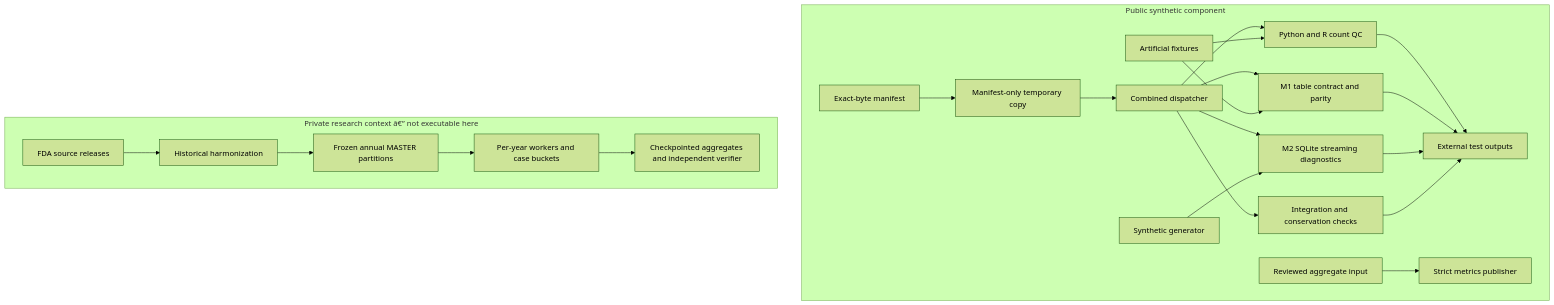
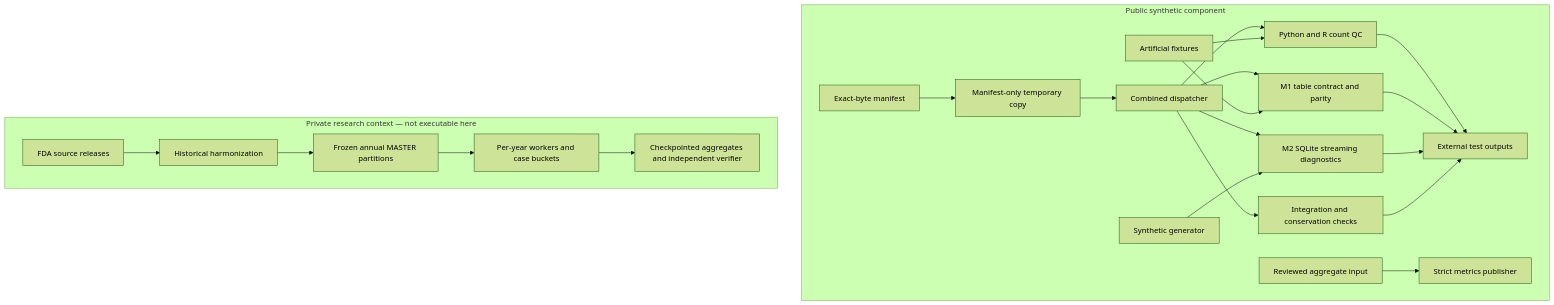
One commit to ahmedalaqab33-source/RENAL_FAERS_2026 changed the diagram in docs/ARCHITECTURE.md. Above: the diagram before and after it, drawn with Mermaid (forest theme). The commit also changed 5 other files, not shown here.

````diff
--- a/docs/ARCHITECTURE.md
+++ b/docs/ARCHITECTURE.md
@@ -3,21 +3,21 @@
 ```mermaid
 flowchart TB
   subgraph PUBLIC["Public synthetic component"]
     M[Exact-byte manifest] --> B[Manifest-only temporary copy]
     B --> D[Combined dispatcher]
     D --> Q[Python and R count QC]
     D --> C[M1 table contract and parity]
     D --> S[M2 SQLite streaming diagnostics]
     D --> I[Integration and conservation checks]
     F[Artificial fixtures] --> Q & C
     G[Synthetic generator] --> S
     Q & C & S & I --> O[External test outputs]
     P[Reviewed aggregate input] --> T[Strict metrics publisher]
   end
-  subgraph PRIVATE["Private research context â€” not executable here"]
+  subgraph PRIVATE["Private research context — not executable here"]
     A[FDA source releases] --> H[Historical harmonization]
     H --> R[Frozen annual MASTER partitions]
     R --> W[Per-year workers and case buckets]
     W --> V[Checkpointed aggregates and independent verifier]
   end
 ```
````
